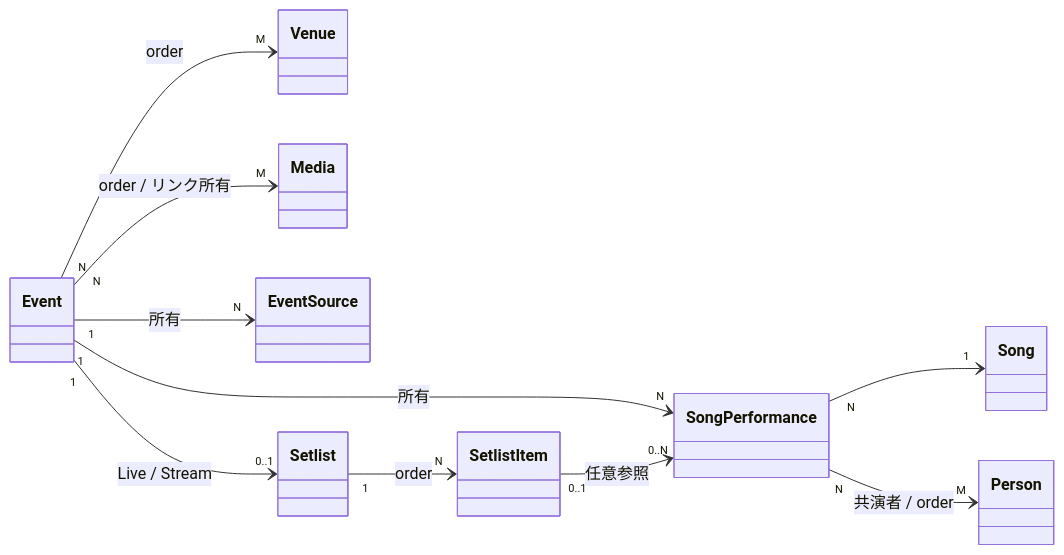
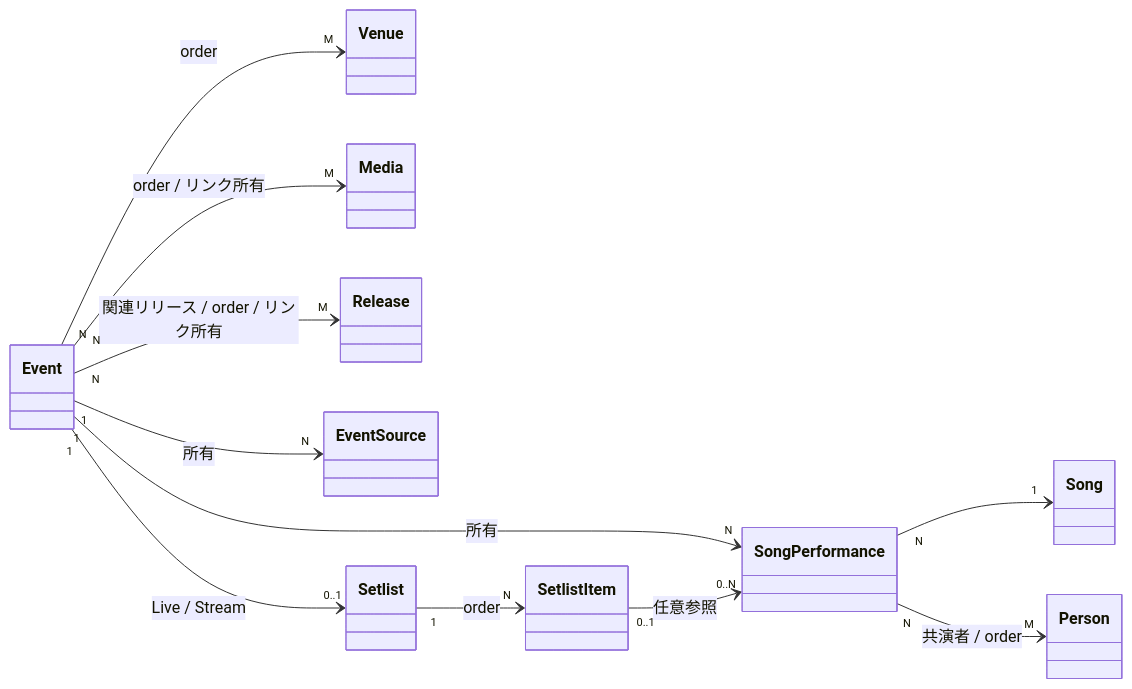
Before and after one commit to sayuprc/isekai-observatory: the diagram in docs/specs/event.md, drawn with Mermaid. The commit also changed other lines of this file and 59 other files, not shown here.

````diff
--- a/docs/specs/event.md
+++ b/docs/specs/event.md
@@ -66,13 +71,14 @@
 ```mermaid
 classDiagram
   direction LR
   Event "N" --> "M" Venue : order
   Event "N" --> "M" Media : order / リンク所有
+  Event "N" --> "M" Release : 関連リリース / order / リンク所有
   Event "1" --> "N" EventSource : 所有
   Event "1" --> "N" SongPerformance : 所有
   SongPerformance "N" --> "1" Song
   SongPerformance "N" --> "M" Person : 共演者 / order
   Event "1" --> "0..1" Setlist : Live / Stream
   Setlist "1" --> "N" SetlistItem : order
   SetlistItem "0..1" --> "0..N" SongPerformance : 任意参照
 ```
````
